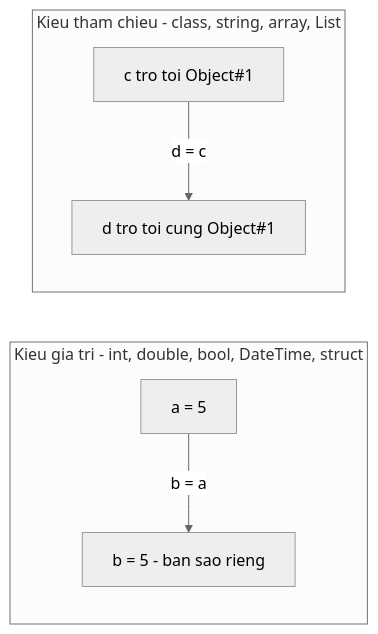
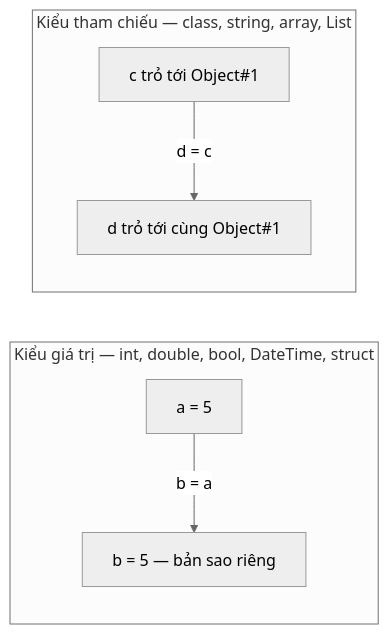
Before and after one commit to TienNHM/tiennhm.github.io: the diagram in docs/09-dotnet-backend-zero-to-senior/stage-01-foundation/module-01-programming-logic/1.1-variables-and-data-types.mdx, drawn with Mermaid (neutral theme). The commit also changed 8 other files, not shown here.

First line of the commit message:
docs(dotnet): viết có dấu nhãn mermaid và chú thích ở Module 1

````diff
--- a/docs/09-dotnet-backend-zero-to-senior/stage-01-foundation/module-01-programming-logic/1.1-variables-and-data-types.mdx
+++ b/docs/09-dotnet-backend-zero-to-senior/stage-01-foundation/module-01-programming-logic/1.1-variables-and-data-types.mdx
@@ -60,9 +60,9 @@
 ```mermaid
 flowchart LR
-    subgraph VT[Kieu gia tri - int, double, bool, DateTime, struct]
-        A[a = 5] -->|b = a| B[b = 5 - ban sao rieng]
+    subgraph VT[Kiểu giá trị — int, double, bool, DateTime, struct]
+        A[a = 5] -->|b = a| B[b = 5 — bản sao riêng]
     end
-    subgraph RT[Kieu tham chieu - class, string, array, List]
-        C[c tro toi Object#35;1] -->|d = c| D[d tro toi cung Object#35;1]
+    subgraph RT[Kiểu tham chiếu — class, string, array, List]
+        C[c trỏ tới Object#35;1] -->|d = c| D[d trỏ tới cùng Object#35;1]
     end
 ```
````
